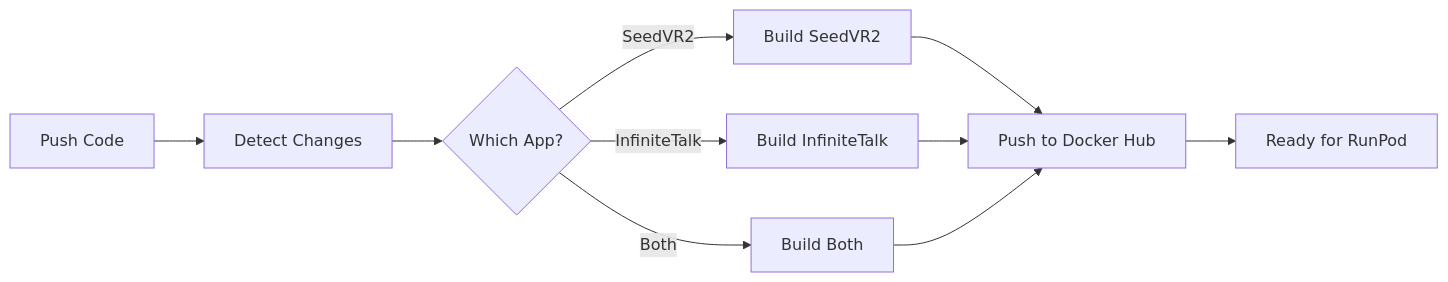
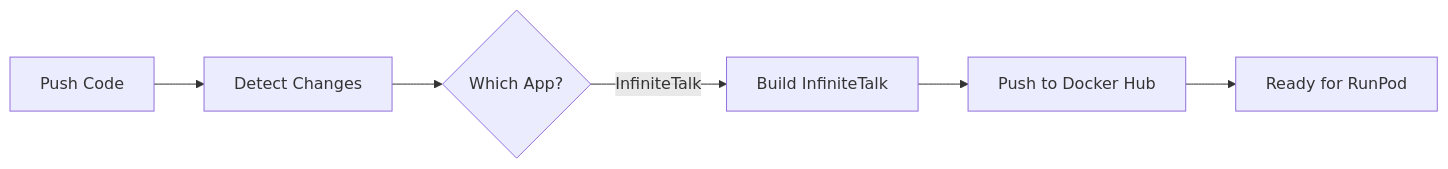
Before and after one commit to ethan-huo/runpod-apps: the diagram in README.md, drawn with Mermaid. The commit also changed other lines of this file and 9 other files, not shown here.

````diff
--- a/README.md
+++ b/README.md
@@ -129,12 +106,8 @@
 ```mermaid
 graph LR
     A[Push Code] --> B[Detect Changes]
     B --> C{Which App?}
-    C -->|SeedVR2| D[Build SeedVR2]
-    C -->|InfiniteTalk| E[Build InfiniteTalk]
-    C -->|Both| F[Build Both]
-    D --> G[Push to Docker Hub]
-    E --> G
-    F --> G
-    G --> H[Ready for RunPod]
+    C -->|InfiniteTalk| D[Build InfiniteTalk]
+    D --> E[Push to Docker Hub]
+    E --> F[Ready for RunPod]
 ```
````
